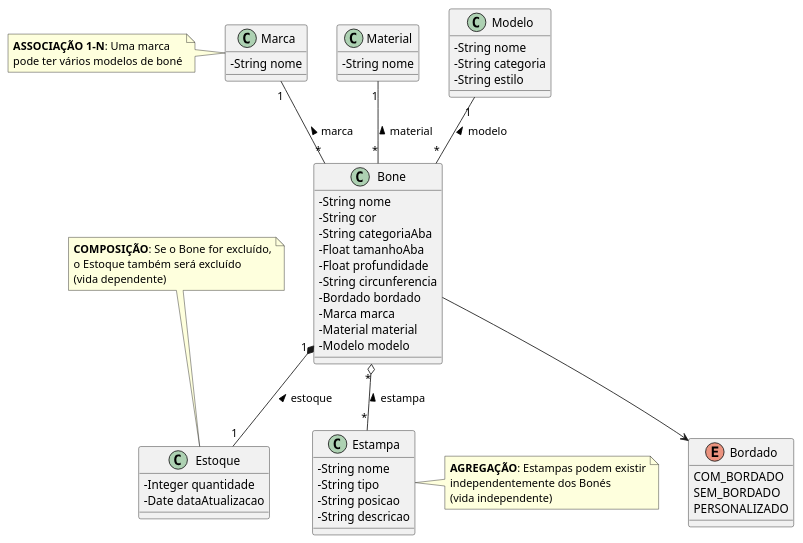
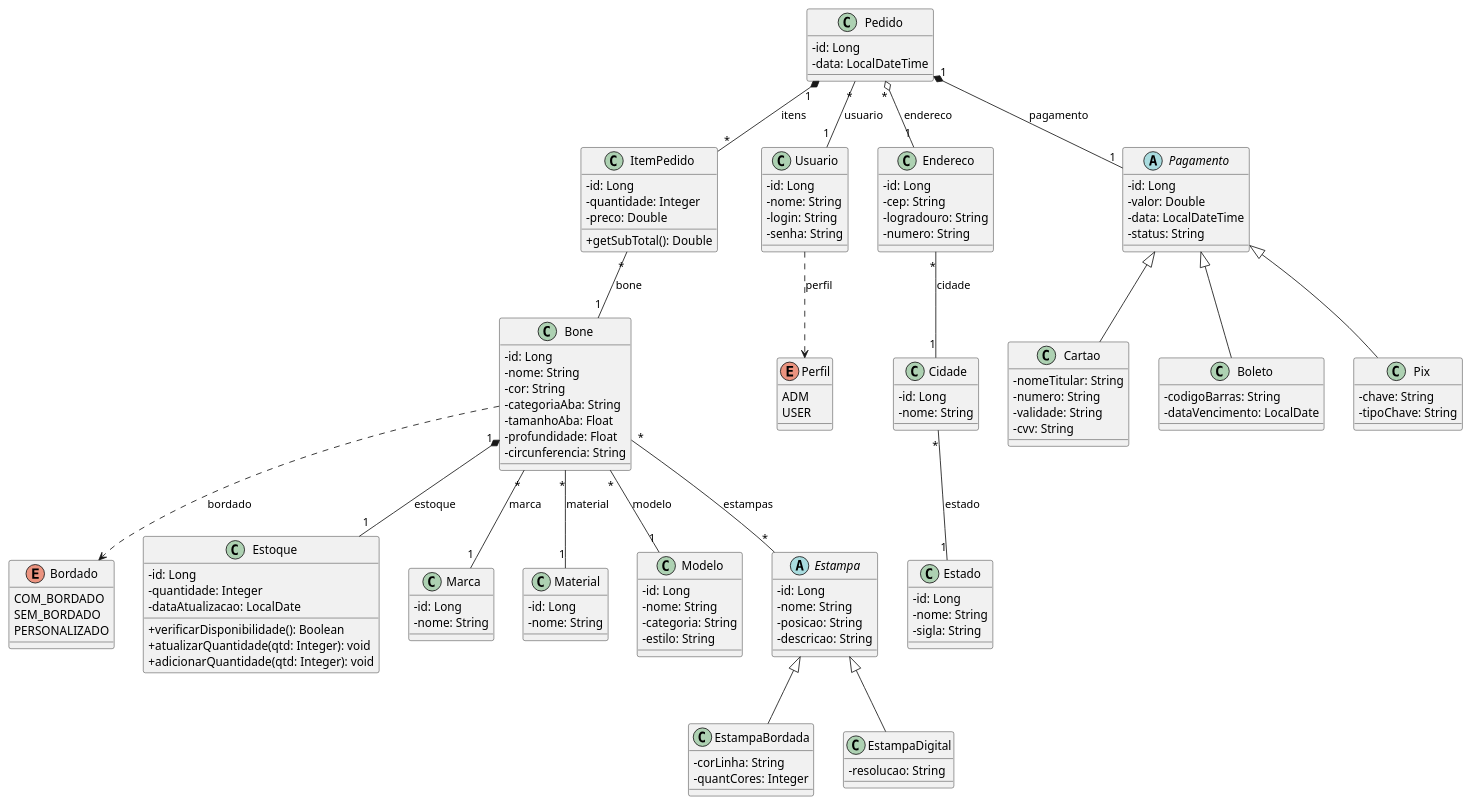
The diagram in bone-api-tp1/Diagrama de Classes.plantuml (MatheusRN123/E-commerce-de-Bones), drawn with PlantUML before and after one commit. The commit also changed 4 other files, not shown here.

```diff
--- a/bone-api-tp1/Diagrama de Classes.plantuml
+++ b/bone-api-tp1/Diagrama de Classes.plantuml
@@ -1,92 +1,172 @@
 @startuml
 skinparam classAttributeIconSize 0
 
-' =============================
-' ENTIDADES CRUD
-' =============================
-class Bone {
-  - String nome
-  - String cor
-  - String categoriaAba
-  - Float tamanhoAba
-  - Float profundidade
-  - String circunferencia
-  - Bordado bordado
-  - Marca marca
-  - Material material
-  - Modelo modelo
-}
-
-class Material {
-  - String nome
-}
-
+' =======================
+' ENUMS
+' =======================
 enum Bordado {
   COM_BORDADO
   SEM_BORDADO
   PERSONALIZADO
+}
 
+enum Perfil {
+  ADM
+  USER
+}
+
+' =======================
+' CLASSES
+' =======================
+class Bone {
+  - id: Long
+  - nome: String
+  - cor: String
+  - categoriaAba: String
+  - tamanhoAba: Float
+  - profundidade: Float
+  - circunferencia: String
+}
+
+class Estoque {
+  - id: Long
+  - quantidade: Integer
+  - dataAtualizacao: LocalDate
+  + verificarDisponibilidade(): Boolean
+  + atualizarQuantidade(qtd: Integer): void
+  + adicionarQuantidade(qtd: Integer): void
 }
 
 class Marca {
-  - String nome
+  - id: Long
+  - nome: String
+}
+
+class Material {
+  - id: Long
+  - nome: String
 }
 
 class Modelo {
-  - String nome
-  - String categoria
-  - String estilo
+  - id: Long
+  - nome: String
+  - categoria: String
+  - estilo: String
 }
 
-class Estoque {
-  - Integer quantidade
-  - Date dataAtualizacao
+abstract class Estampa {
+  - id: Long
+  - nome: String
+  - posicao: String
+  - descricao: String
 }
 
-class Estampa {
-  - String nome
-  - String tipo
-  - String posicao
-  - String descricao
+class EstampaBordada {
+  - corLinha: String
+  - quantCores: Integer
 }
 
+class EstampaDigital {
+  - resolucao: String
+}
 
-' =============================
-' RELACIONAMENTOS
-' =============================
+class Pedido {
+  - id: Long
+  - data: LocalDateTime
+}
 
-' Enum
-Bone --> Bordado
+class ItemPedido {
+  - id: Long
+  - quantidade: Integer
+  - preco: Double
+  + getSubTotal(): Double
+}
 
-' Relacionamentos 1-N
-Marca "1" -- "*" Bone : marca <
-Modelo "1" -- "*" Bone : modelo <
-Material "1" -- "*" Bone : material <
+class Usuario {
+  - id: Long
+  - nome: String
+  - login: String
+  - senha: String
+}
 
-' Composição (1-1)
-Bone "1" *-- "1" Estoque : estoque <
+class Endereco {
+  - id: Long
+  - cep: String
+  - logradouro: String
+  - numero: String
+}
 
-' Agregação (N-N)
-Bone "*" o-- "*" Estampa : estampa <
+class Cidade {
+  - id: Long
+  - nome: String
+}
 
-' =============================
-' NOTAS EXPLICATIVAS
-' =============================
-note top of Estoque
-  **COMPOSIÇÃO**: Se o Bone for excluído,
-  o Estoque também será excluído
-  (vida dependente)
-end note
+class Estado {
+  - id: Long
+  - nome: String
+  - sigla: String
+}
 
-note right of Estampa
-  **AGREGAÇÃO**: Estampas podem existir
-  independentemente dos Bonés
-  (vida independente)
-end note
+abstract class Pagamento {
+  - id: Long
+  - valor: Double
+  - data: LocalDateTime
+  - status: String
+}
 
-note left of Marca
-  **ASSOCIAÇÃO 1-N**: Uma marca
-  pode ter vários modelos de boné
-end note
+class Cartao {
+  - nomeTitular: String
+  - numero: String
+  - validade: String
+  - cvv: String
+}
+
+class Boleto {
+  - codigoBarras: String
+  - dataVencimento: LocalDate
+}
+
+class Pix {
+  - chave: String
+  - tipoChave: String
+}
+
+' =======================
+' HERANÇA
+' =======================
+Estampa <|-- EstampaBordada
+Estampa <|-- EstampaDigital
+
+Pagamento <|-- Cartao
+Pagamento <|-- Boleto
+Pagamento <|-- Pix
+
+' =======================
+' RELACIONAMENTOS COM ATRIBUTOS
+' =======================
+
+Bone "1" *-- "1" Estoque : estoque
+Bone "*" -- "1" Marca : marca
+Bone "*" -- "1" Material : material
+Bone "*" -- "1" Modelo : modelo
+Bone "*" -- "*" Estampa : estampas
+
+Pedido "1" *-- "*" ItemPedido : itens
+ItemPedido "*" -- "1" Bone : bone
+
+Pedido "*" -- "1" Usuario : usuario
+Pedido "*" o-- "1" Endereco : endereco
+
+Endereco "*" -- "1" Cidade : cidade
+Cidade "*" -- "1" Estado : estado
+
+Pedido "1" *-- "1" Pagamento : pagamento
+
+' =======================
+' DEPENDÊNCIA COM ENUMS
+' =======================
+
+Usuario ..> Perfil : perfil
+Bone ..> Bordado : bordado
 
 @enduml
```
